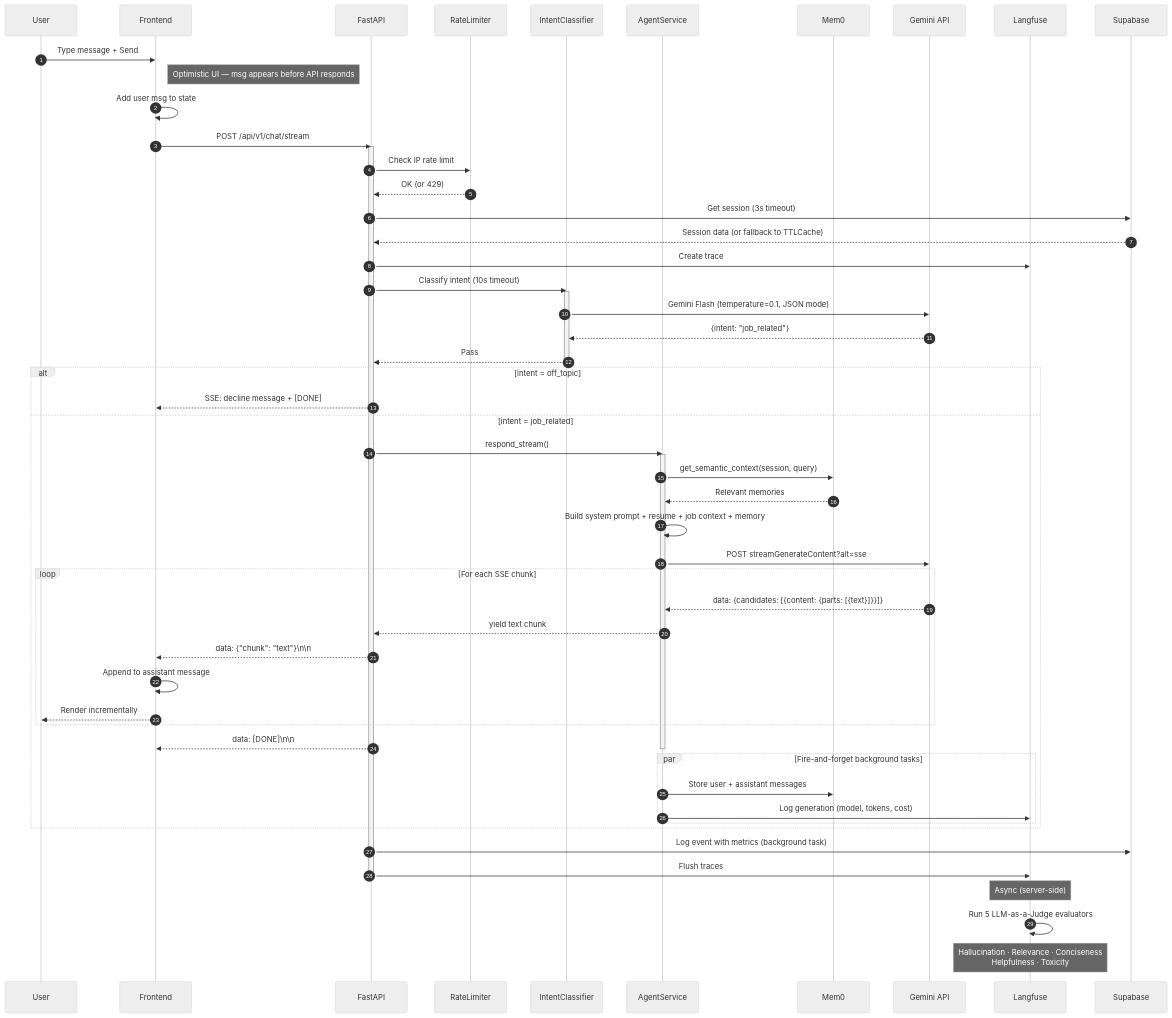
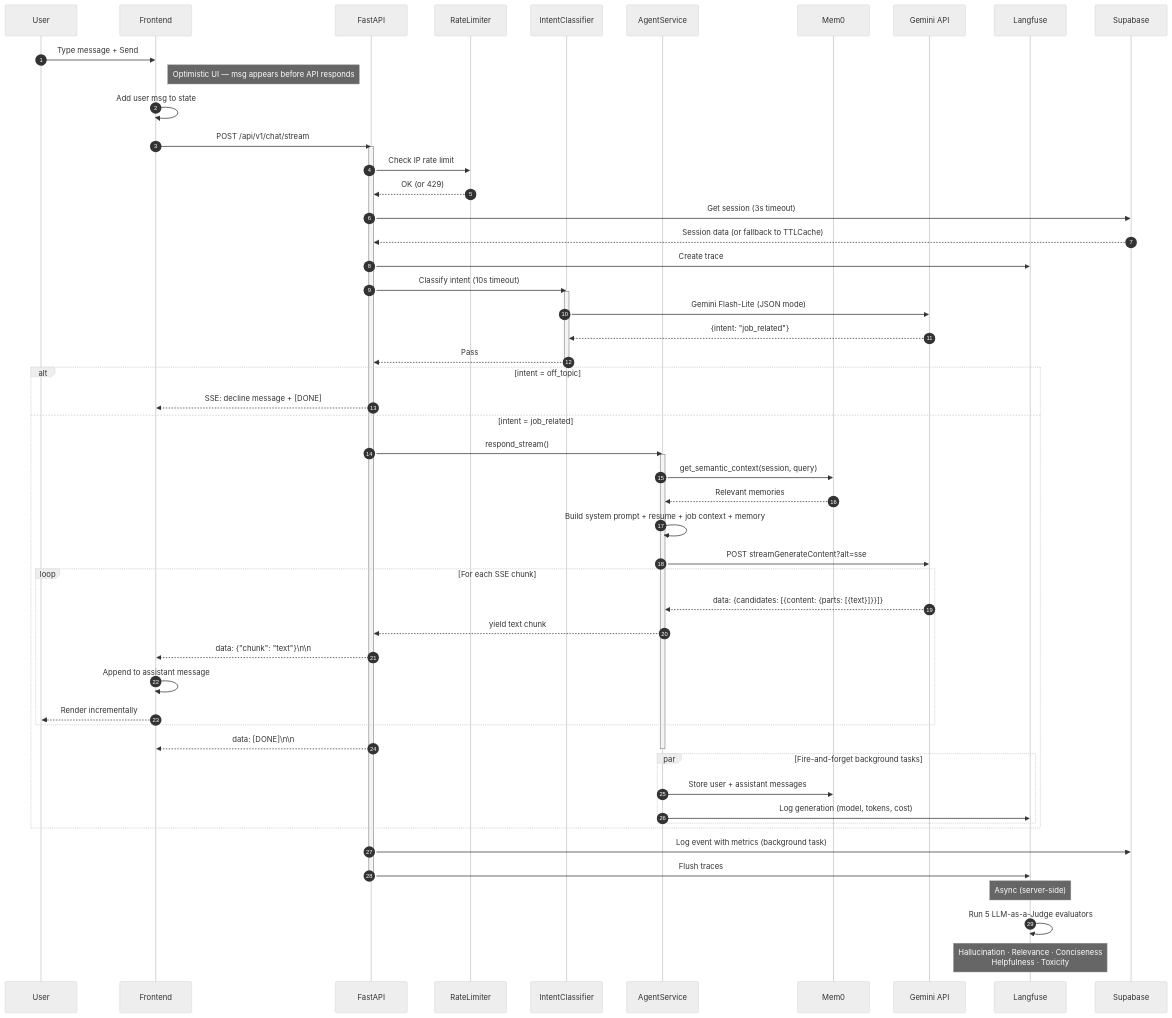
Before and after one commit to Rayhanpatel/AI-Resume-Agent: the second of 4 diagrams in README.md, drawn with Mermaid (neutral theme). The commit also changed other lines of this file and 16 other files, not shown here.

````diff
--- a/README.md
+++ b/README.md
@@ -166,70 +174,70 @@
 ```mermaid
 sequenceDiagram
     autonumber
     participant U as User
     participant F as Frontend
     participant API as FastAPI
     participant RL as RateLimiter
     participant IC as IntentClassifier
     participant AG as AgentService
     participant M as Mem0
     participant G as Gemini API
     participant L as Langfuse
     participant S as Supabase
 
     U->>F: Type message + Send
     Note right of F: Optimistic UI — msg appears before API responds
     F->>F: Add user msg to state
     F->>API: POST /api/v1/chat/stream
     activate API
 
     API->>RL: Check IP rate limit
     RL-->>API: OK (or 429)
 
     API->>S: Get session (3s timeout)
     S-->>API: Session data (or fallback to TTLCache)
 
     API->>L: Create trace
 
     API->>IC: Classify intent (10s timeout)
     activate IC
-    IC->>G: Gemini Flash (temperature=0.1, JSON mode)
+    IC->>G: Gemini Flash-Lite (JSON mode)
     G-->>IC: {intent: "job_related"}
     IC-->>API: Pass
     deactivate IC
 
     alt intent = off_topic
         API-->>F: SSE: decline message + [DONE]
     else intent = job_related
         API->>AG: respond_stream()
         activate AG
         AG->>M: get_semantic_context(session, query)
         M-->>AG: Relevant memories
         AG->>AG: Build system prompt + resume + job context + memory
         AG->>G: POST streamGenerateContent?alt=sse
 
         loop For each SSE chunk
             G-->>AG: data: {candidates: [{content: {parts: [{text}]}}]}
             AG-->>API: yield text chunk
             API-->>F: data: {"chunk": "text"}\n\n
             F->>F: Append to assistant message
             F-->>U: Render incrementally
         end
 
         API-->>F: data: [DONE]\n\n
         deactivate AG
 
         par Fire-and-forget background tasks
             AG->>M: Store user + assistant messages
             AG->>L: Log generation (model, tokens, cost)
         end
     end
 
     API->>S: Log event with metrics (background task)
     API->>L: Flush traces
     deactivate API
 
     Note over L: Async (server-side)
     L->>L: Run 5 LLM-as-a-Judge evaluators
     Note over L: Hallucination · Relevance · Conciseness<br/>Helpfulness · Toxicity
 ```
````
